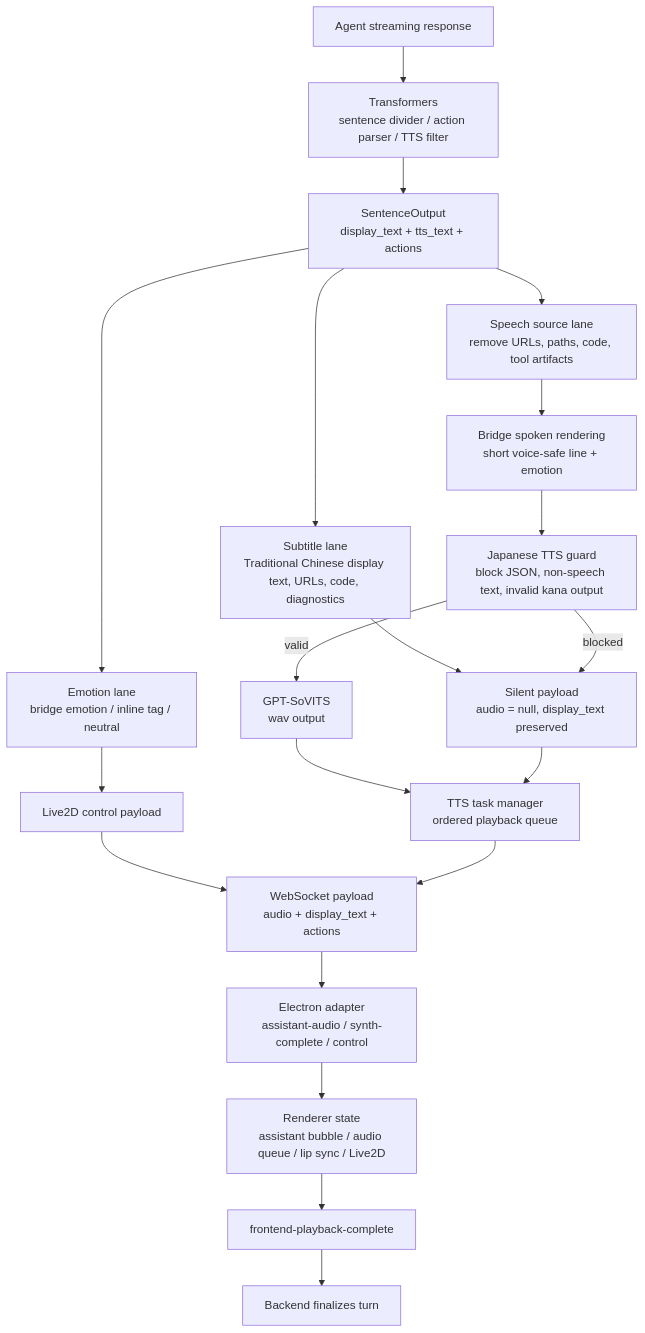
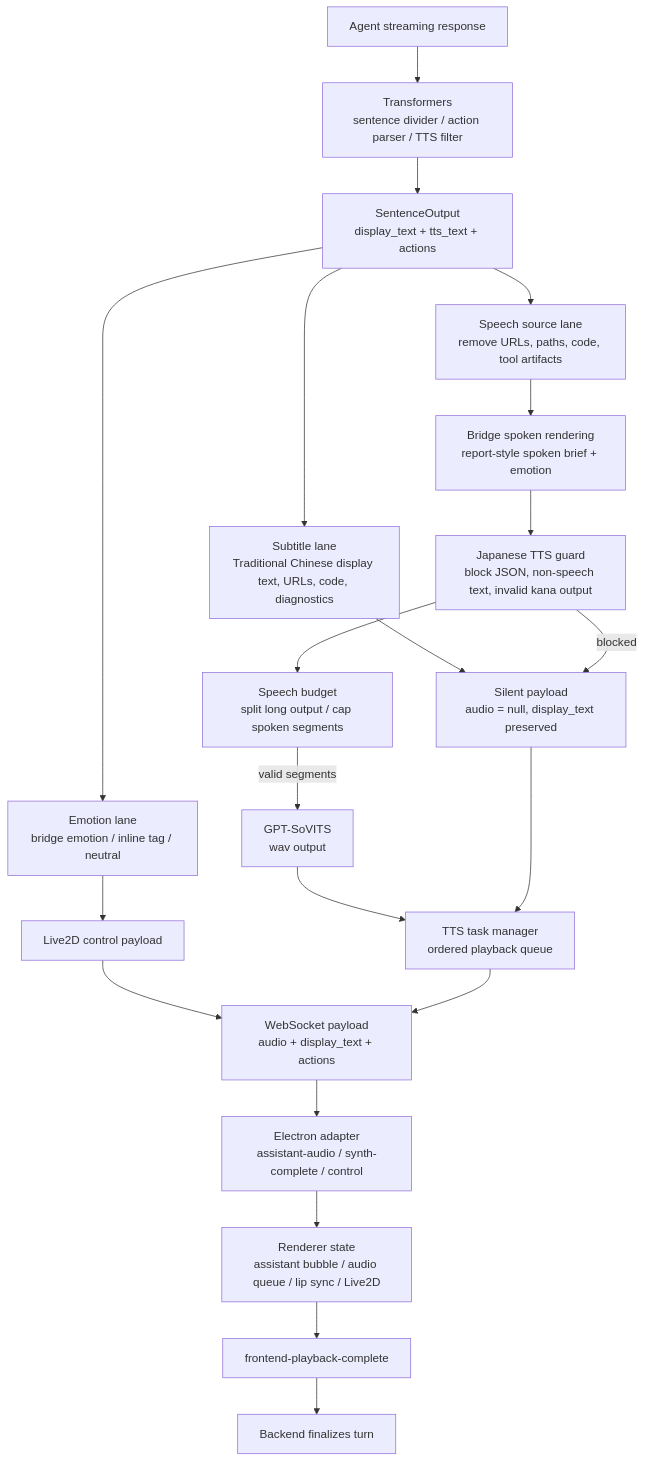
Before and after one commit to lulu930128/desktop-agent-runtime: the third of 4 diagrams in README.md, drawn with Mermaid. The commit also changed other lines of this file and 21 other files, not shown here.

Commit message:
Expand Kuro speech, market, and briefing flows

````diff
--- a/README.md
+++ b/README.md
@@ -382,26 +394,27 @@
 ```mermaid
 flowchart TD
     Stream["Agent streaming response"] --> Transform["Transformers<br/>sentence divider / action parser / TTS filter"]
     Transform --> Output["SentenceOutput<br/>display_text + tts_text + actions"]
 
     Output --> Subtitle["Subtitle lane<br/>Traditional Chinese display text, URLs, code, diagnostics"]
     Subtitle --> SilentPayload["Silent payload<br/>audio = null, display_text preserved"]
 
     Output --> SpeechSource["Speech source lane<br/>remove URLs, paths, code, tool artifacts"]
-    SpeechSource --> SpokenRender["Bridge spoken rendering<br/>short voice-safe line + emotion"]
+    SpeechSource --> SpokenRender["Bridge spoken rendering<br/>report-style spoken brief + emotion"]
     SpokenRender --> Guard["Japanese TTS guard<br/>block JSON, non-speech text, invalid kana output"]
-    Guard -->|valid| TTS["GPT-SoVITS<br/>wav output"]
+    Guard --> SpeechBudget["Speech budget<br/>split long output / cap spoken segments"]
+    SpeechBudget -->|valid segments| TTS["GPT-SoVITS<br/>wav output"]
     Guard -->|blocked| SilentPayload
 
     Output --> Emotion["Emotion lane<br/>bridge emotion / inline tag / neutral"]
     Emotion --> Live2D["Live2D control payload"]
 
     TTS --> Queue["TTS task manager<br/>ordered playback queue"]
     SilentPayload --> Queue
     Live2D --> Payload["WebSocket payload<br/>audio + display_text + actions"]
     Queue --> Payload
     Payload --> Electron["Electron adapter<br/>assistant-audio / synth-complete / control"]
     Electron --> Renderer["Renderer state<br/>assistant bubble / audio queue / lip sync / Live2D"]
     Renderer --> Playback["frontend-playback-complete"]
     Playback --> Runtime["Backend finalizes turn"]
 ```
````
